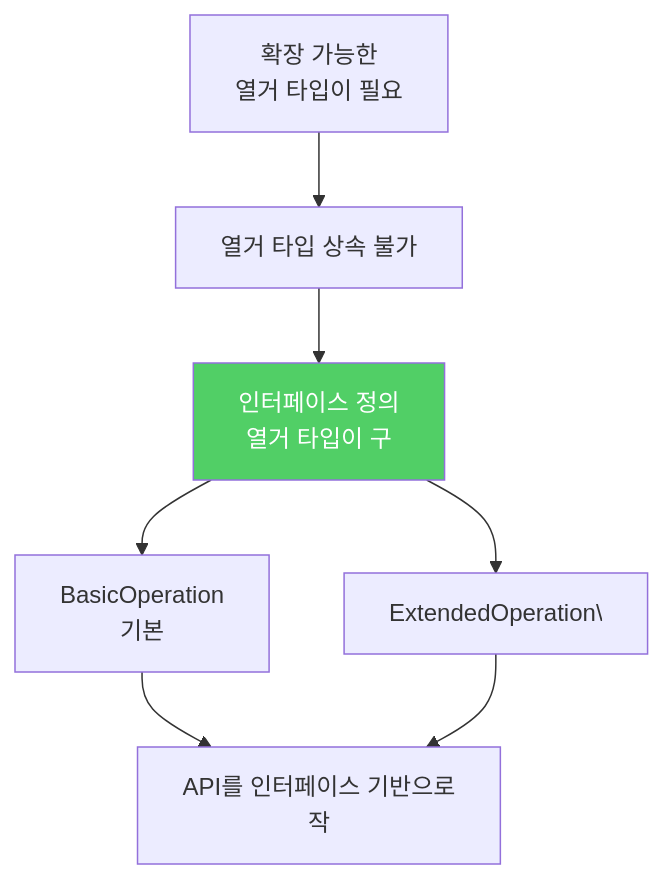
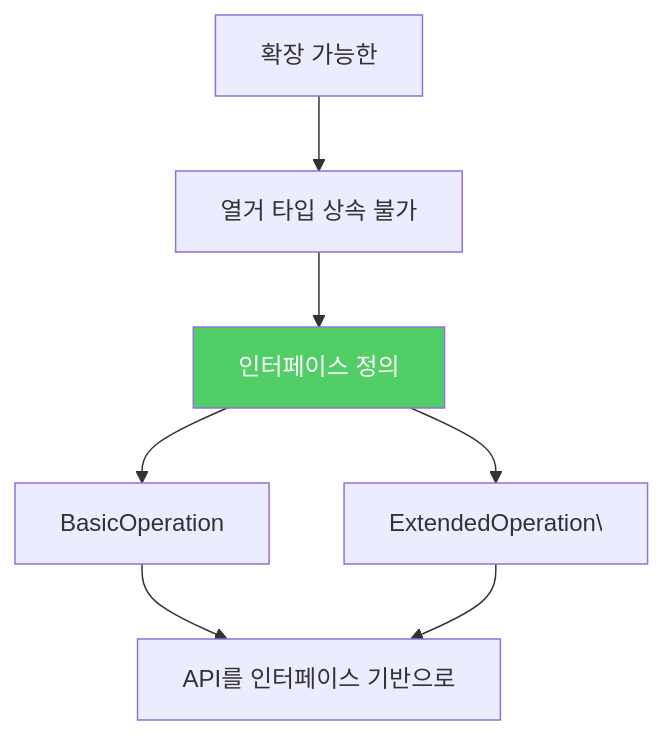
One commit to yjkim2015/yjkim2015.github.io changed the third of 3 diagrams in _posts/java/2022-01-15-effective-java38.md. Above: the diagram before and after it, drawn with Mermaid. The commit also changed other lines of this file and 217 other files, not shown here.

First line of the commit message:
Mermaid 크기 수정: useMaxWidth:true + SVG max-width:100% + 라벨 축소

````diff
--- a/_posts/java/2022-01-15-effective-java38.md
+++ b/_posts/java/2022-01-15-effective-java38.md
@@ -157,10 +157,10 @@
 ```mermaid
 graph TD
-    A["확장 가능한\n열거 타입이 필요"] --> B["열거 타입 상속 불가"]
-    B --> C["인터페이스 정의\n열거 타입이 구"]
-    C --> D["BasicOperation\n기본"]
+    A["확장 가능한"] --> B["열거 타입 상속 불가"]
+    B --> C["인터페이스 정의"]
+    C --> D["BasicOperation"]
     C --> E["ExtendedOperation\"]
-    D --> F["API를 인터페이스 기반으로\n작"]
+    D --> F["API를 인터페이스 기반으로"]
     E --> F
     style C fill:#51cf66,color:#fff
 ```
````
